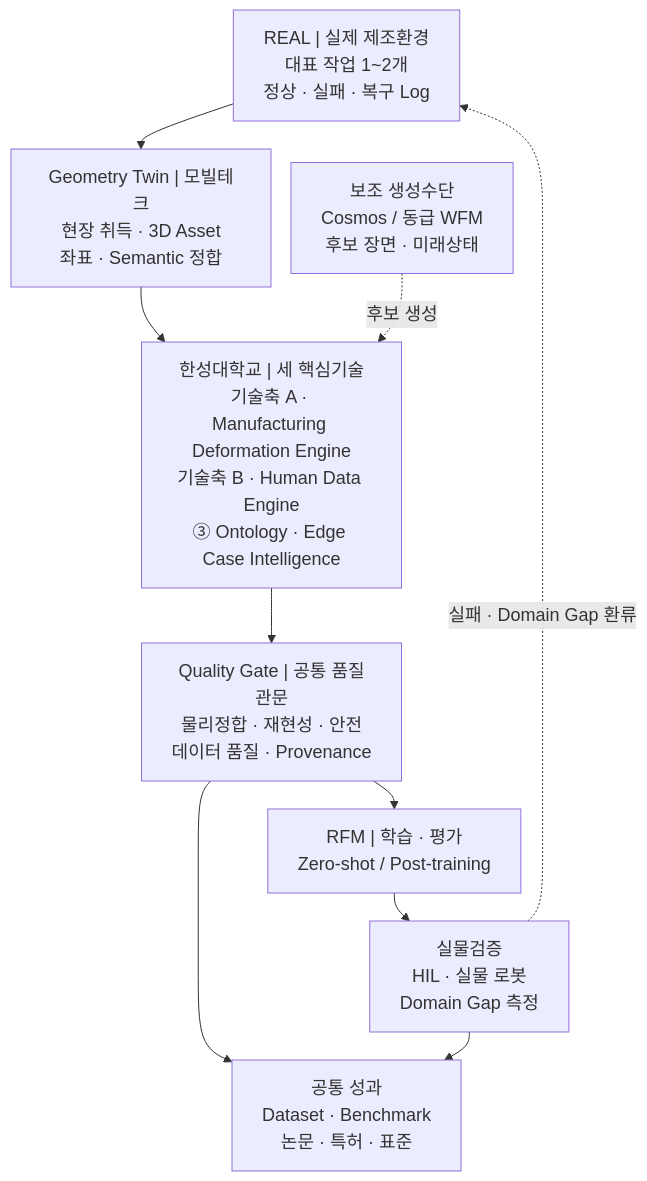
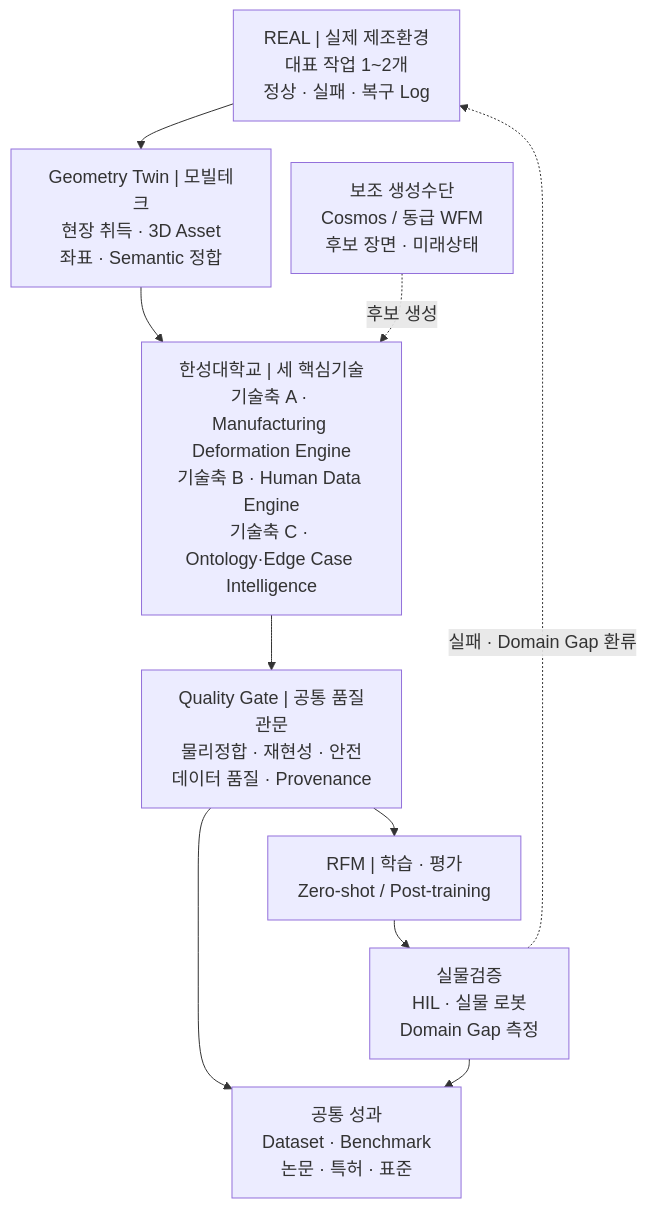
The first of 2 diagrams in homepage-src/docs/projects/manufacturing-data-factory-rfm/index.md (parclab-hsu/parclab-hsu.github.io), drawn with Mermaid before and after one commit. The commit also changed other lines of this file and 4 other files, not shown here.

````diff
--- a/homepage-src/docs/projects/manufacturing-data-factory-rfm/index.md
+++ b/homepage-src/docs/projects/manufacturing-data-factory-rfm/index.md
@@ -200,18 +200,18 @@
 ```mermaid
 %%{init: {"themeVariables": {"fontSize": "18px"}, "flowchart": {"nodeSpacing": 20, "rankSpacing": 28}}}%%
 flowchart TB
     REAL["REAL | 실제 제조환경<br/>대표 작업 1~2개<br/>정상 · 실패 · 복구 Log"]
     GEO["Geometry Twin | 모빌테크<br/>현장 취득 · 3D Asset<br/>좌표 · Semantic 정합"]
     WFM["보조 생성수단<br/>Cosmos / 동급 WFM<br/>후보 장면 · 미래상태"]
-    CORE["한성대학교 | 세 핵심기술<br/>기술축 A · Manufacturing Deformation Engine<br/>기술축 B · Human Data Engine<br/>③ Ontology · Edge Case Intelligence"]
+    CORE["한성대학교 | 세 핵심기술<br/>기술축 A · Manufacturing Deformation Engine<br/>기술축 B · Human Data Engine<br/>기술축 C · Ontology·Edge Case Intelligence"]
     GATE["Quality Gate | 공통 품질관문<br/>물리정합 · 재현성 · 안전<br/>데이터 품질 · Provenance"]
     RFM["RFM | 학습 · 평가<br/>Zero-shot / Post-training"]
     TEST["실물검증<br/>HIL · 실물 로봇<br/>Domain Gap 측정"]
     OUT["공통 성과<br/>Dataset · Benchmark<br/>논문 · 특허 · 표준"]
 
     REAL --> GEO --> CORE --> GATE --> RFM --> TEST
     WFM -. "후보 생성" .-> CORE
     GATE --> OUT
     TEST --> OUT
     TEST -. "실패 · Domain Gap 환류" .-> REAL
 ```
````
